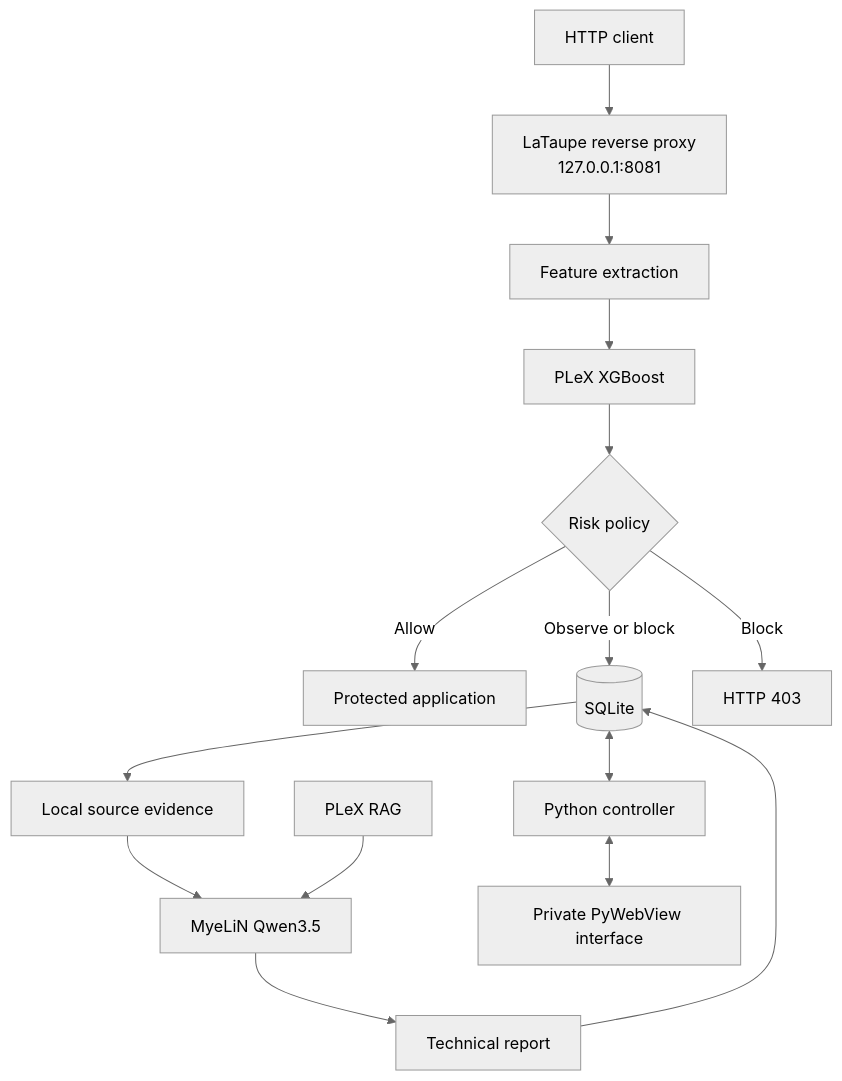
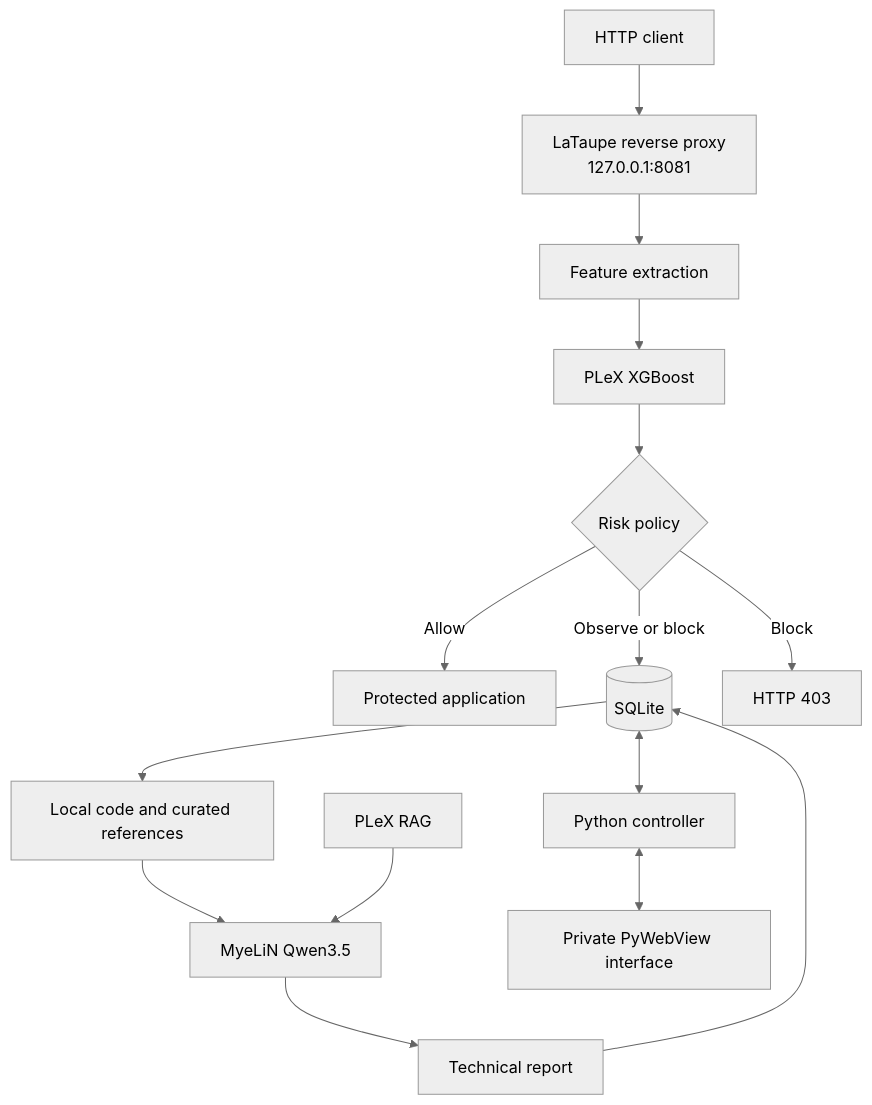
One commit to useplx/LaTaupe changed the diagram in README.md. Above: the diagram before and after it, drawn with Mermaid (neutral theme). The commit also changed other lines of this file and 17 other files, not shown here.

````diff
--- a/README.md
+++ b/README.md
@@ -9,17 +9,17 @@
 ```mermaid
 flowchart TD
     Client[HTTP client] --> Proxy[LaTaupe reverse proxy<br/>127.0.0.1:8081]
     Proxy --> Features[Feature extraction]
     Features --> XGB[PLeX XGBoost]
     XGB --> Decision{Risk policy}
     Decision -->|Allow| Upstream[Protected application]
     Decision -->|Observe or block| Store[(SQLite)]
     Decision -->|Block| Deny[HTTP 403]
-    Store --> Evidence[Local source evidence]
+    Store --> Evidence[Local code and curated references]
     Evidence --> Qwen[MyeLiN Qwen3.5]
     RAG[PLeX RAG] --> Qwen
     Qwen --> Report[Technical report]
     Report --> Store
     Store <--> Controller[Python controller]
     Controller <--> UI[Private PyWebView interface]
 ```
````
